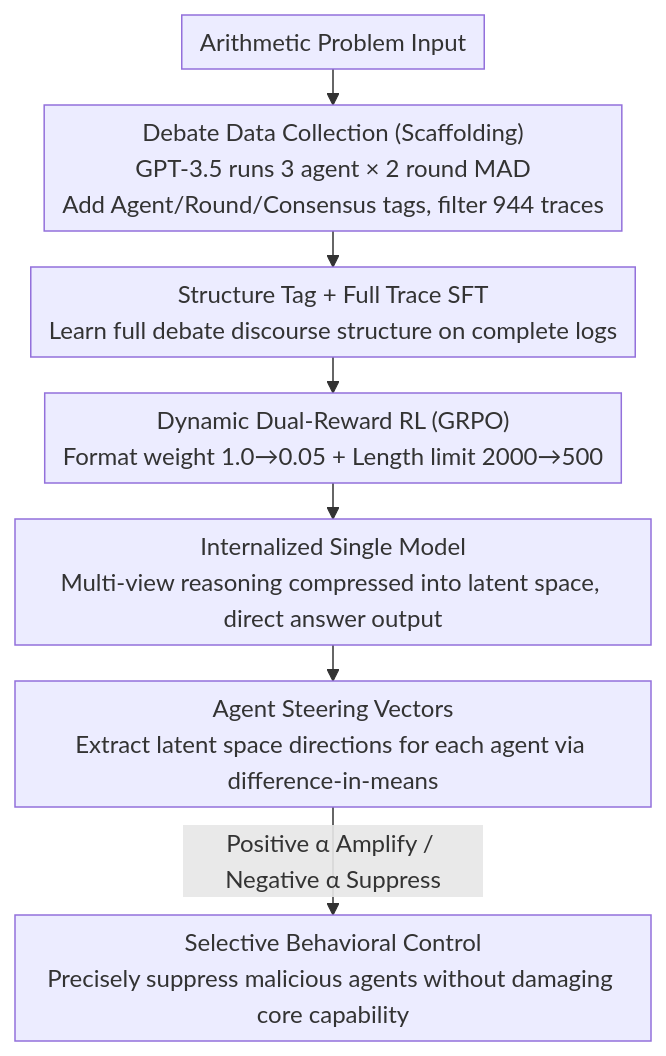
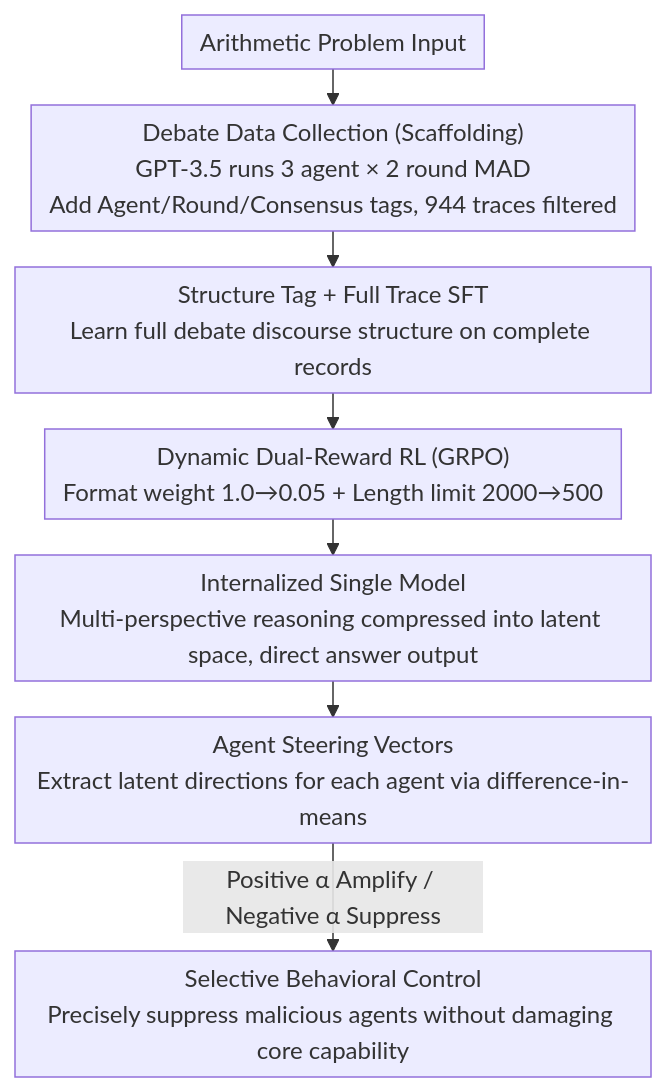
Before and after one commit to zhaoyang97/Paper-Notes-en: the diagram in docs/ACL2026/multi_agent/latent_agents_a_post-training_procedure_for_internalized_multi-agent_debate.md, drawn with Mermaid. The commit also changed other lines of this file and 5084 other files, not shown here.

````diff
--- a/docs/ACL2026/multi_agent/latent_agents_a_post-training_procedure_for_internalized_multi-agent_debate.md
+++ b/docs/ACL2026/multi_agent/latent_agents_a_post-training_procedure_for_internalized_multi-agent_debate.md
@@ -51,10 +51,10 @@
 ```mermaid
 %%{init: {'flowchart': {'rankSpacing': 24, 'nodeSpacing': 28, 'padding': 6, 'wrappingWidth': 400}}}%%
 flowchart TD
-    A["Arithmetic Problem Input"] --> B["Debate Data Collection (Scaffolding)<br/>GPT-3.5 runs 3 agent × 2 round MAD<br/>Add Agent/Round/Consensus tags, filter 944 traces"]
-    B --> C["Structure Tag + Full Trace SFT<br/>Learn full debate discourse structure on complete logs"]
+    A["Arithmetic Problem Input"] --> B["Debate Data Collection (Scaffolding)<br/>GPT-3.5 runs 3 agent × 2 round MAD<br/>Add Agent/Round/Consensus tags, 944 traces filtered"]
+    B --> C["Structure Tag + Full Trace SFT<br/>Learn full debate discourse structure on complete records"]
     C --> D["Dynamic Dual-Reward RL (GRPO)<br/>Format weight 1.0→0.05 + Length limit 2000→500"]
-    D --> E["Internalized Single Model<br/>Multi-view reasoning compressed into latent space, direct answer output"]
-    E --> F["Agent Steering Vectors<br/>Extract latent space directions for each agent via difference-in-means"]
+    D --> E["Internalized Single Model<br/>Multi-perspective reasoning compressed into latent space, direct answer output"]
+    E --> F["Agent Steering Vectors<br/>Extract latent directions for each agent via difference-in-means"]
     F -->|Positive α Amplify / Negative α Suppress| G["Selective Behavioral Control<br/>Precisely suppress malicious agents without damaging core capability"]
 ```
````
